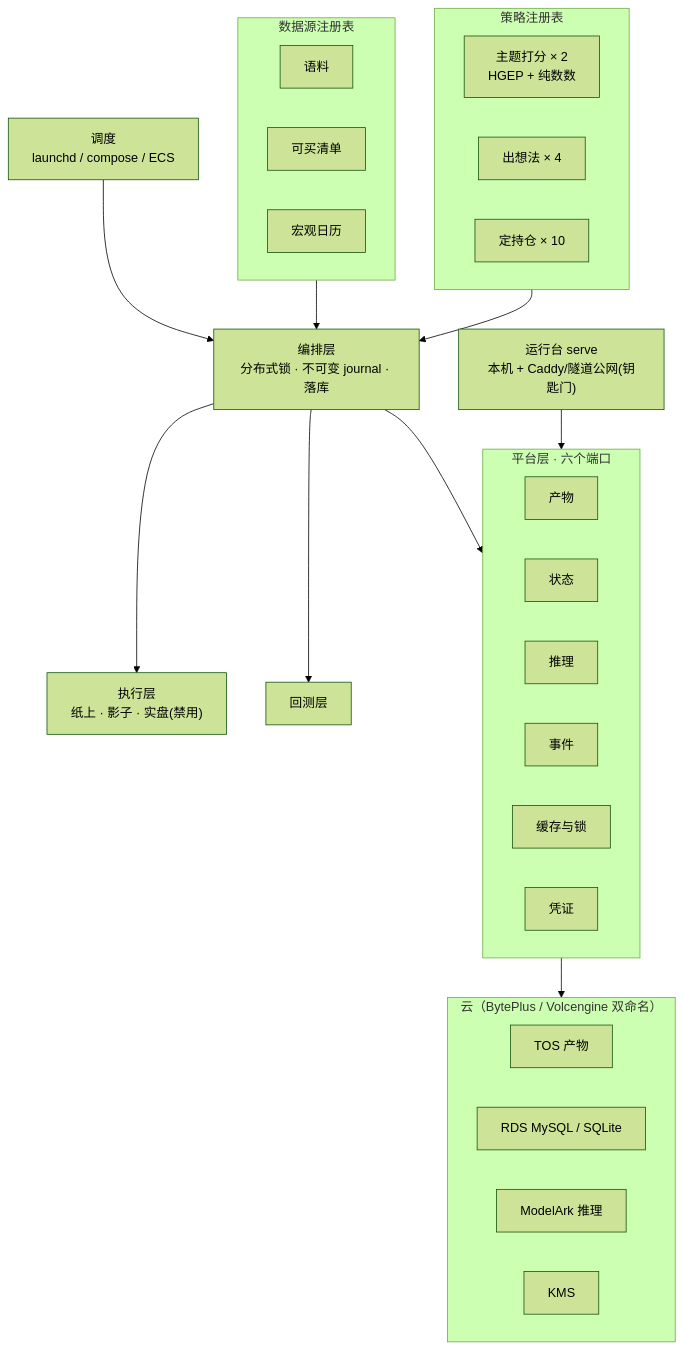
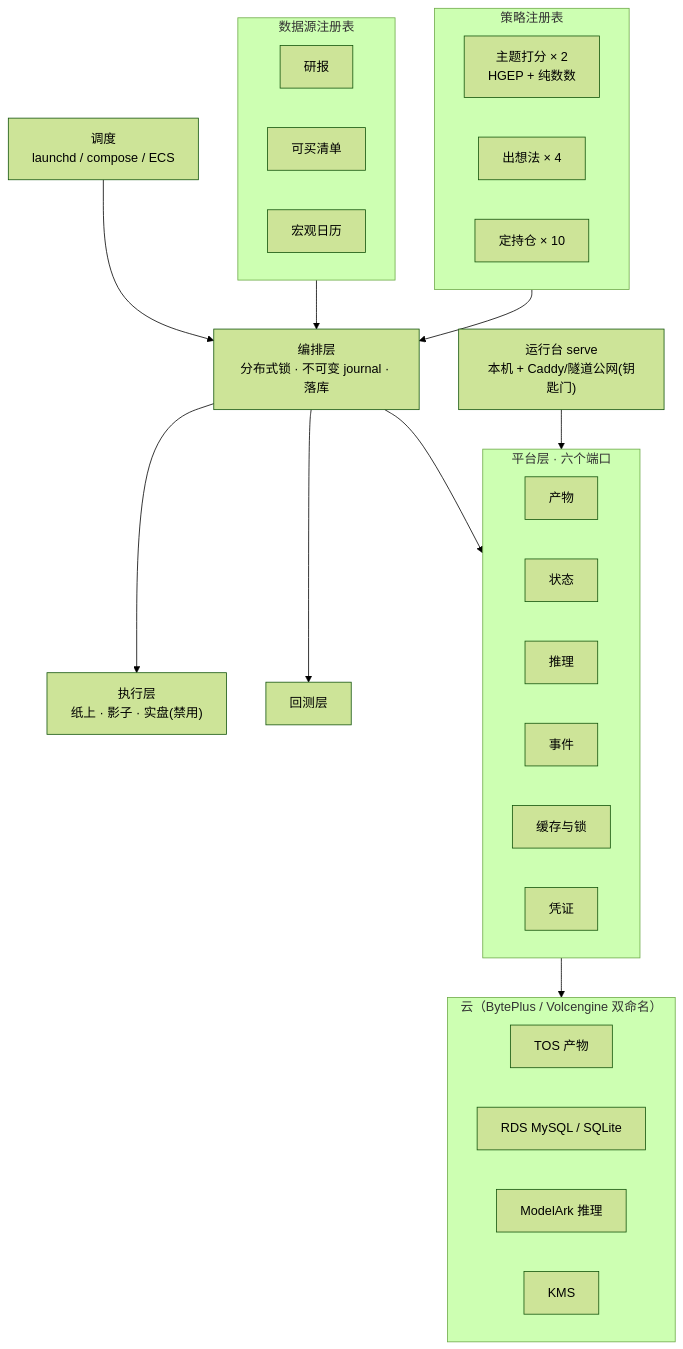
Before and after one commit to YuesongCai/IdeaGen40: the second of 2 diagrams in README.md, drawn with Mermaid (forest theme). The commit also changed other lines of this file and 4 other files, not shown here.

````diff
--- a/README.md
+++ b/README.md
@@ -79,36 +79,36 @@
 ```mermaid
 flowchart TB
   subgraph STRAT["策略注册表"]
     S1["主题打分 × 2<br/>HGEP + 纯数数"]
     S2["出想法 × 4"]
     S3["定持仓 × 10"]
   end
   subgraph FEED["数据源注册表"]
-    F1["语料"] 
+    F1["研报"] 
     F2["可买清单"]
     F3["宏观日历"]
   end
   ORCH["编排层<br/>分布式锁 · 不可变 journal · 落库"]
   subgraph PORT["平台层 · 六个端口"]
     P1["产物"]
     P2["状态"]
     P3["推理"]
     P4["事件"]
     P5["缓存与锁"]
     P6["凭证"]
   end
   subgraph CLOUD["云（BytePlus / Volcengine 双命名）"]
     B1["TOS 产物"]
     B2["RDS MySQL / SQLite"]
     B3["ModelArk 推理"]
     B4["KMS"]
   end
   FEED --> ORCH
   STRAT --> ORCH
   ORCH --> PORT
   PORT --> CLOUD
   ORCH --> EXE["执行层<br/>纸上 · 影子 · 实盘(禁用)"]
   ORCH --> BT["回测层"]
   SCHED["调度<br/>launchd / compose / ECS"] --> ORCH
   SERVE["运行台 serve<br/>本机 + Caddy/隧道公网(钥匙门)"] --> PORT
 ```
````
